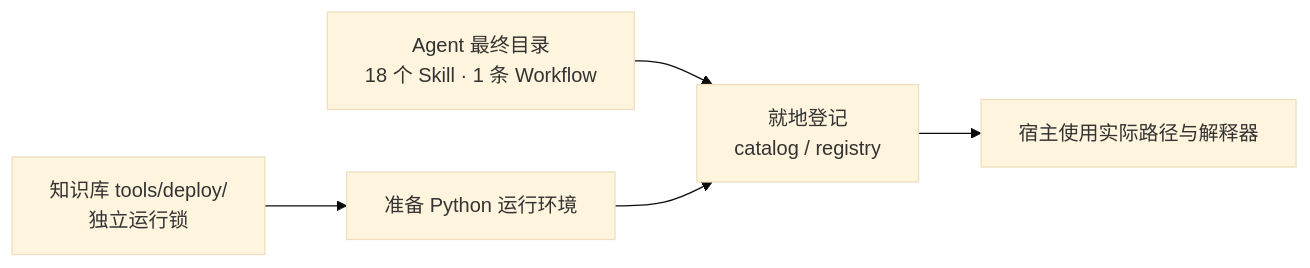
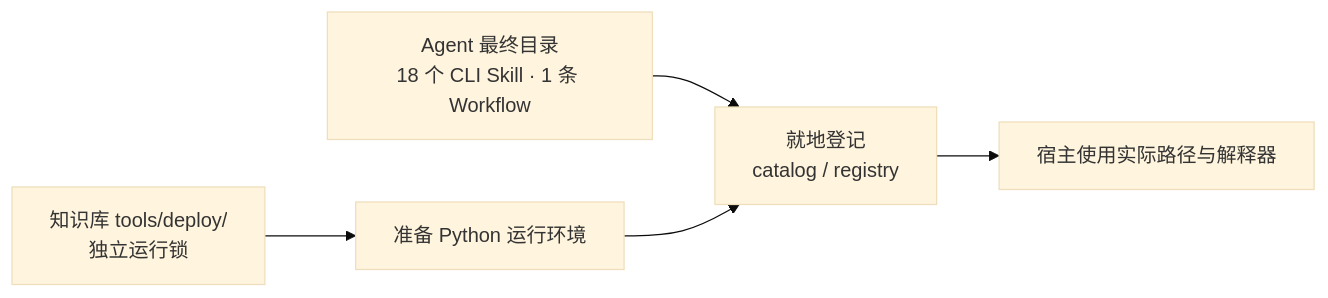
One commit to Robin-hhc/FactumCore changed the first of 3 diagrams in aiotbot-knowledge-wifi-mp/docs-llm-wiki/使用说明.md. Above: the diagram before and after it, drawn with Mermaid (base theme). The commit also changed other lines of this file and 67 other files, not shown here.

````diff
--- a/aiotbot-knowledge-wifi-mp/docs-llm-wiki/使用说明.md
+++ b/aiotbot-knowledge-wifi-mp/docs-llm-wiki/使用说明.md
@@ -54,7 +60,7 @@
 ```mermaid
 flowchart LR
     T["知识库 tools/deploy/<br/>独立运行锁"] --> E["准备 Python 运行环境"]
-    A["Agent 最终目录<br/>18 个 Skill · 1 条 Workflow"] --> R["就地登记<br/>catalog / registry"]
+    A["Agent 最终目录<br/>18 个 CLI Skill · 1 条 Workflow"] --> R["就地登记<br/>catalog / registry"]
     E --> R
     R --> H["宿主使用实际路径与解释器"]
 ```
````
